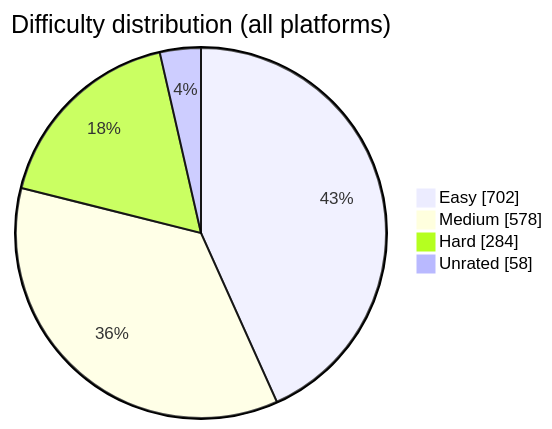
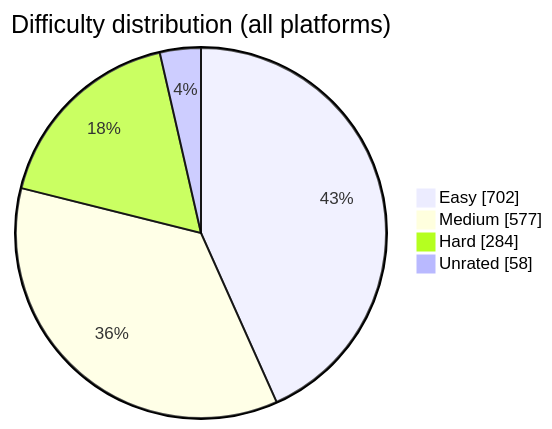
One commit to BuildbyArindam/Daily-Coding-Log changed the diagram in README.md. Above: the diagram before and after it, drawn with Mermaid. The commit also changed other lines of this file, not shown here.

````diff
--- a/README.md
+++ b/README.md
@@ -93,7 +93,7 @@
 ```mermaid
 pie showData title Difficulty distribution (all platforms)
     "Easy" : 702
-    "Medium" : 578
+    "Medium" : 577
     "Hard" : 284
     "Unrated" : 58
 ```
````
